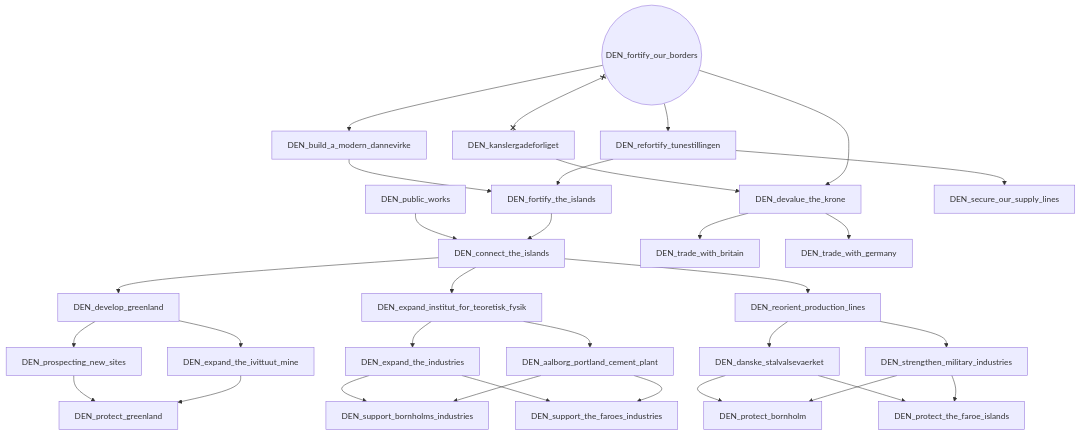
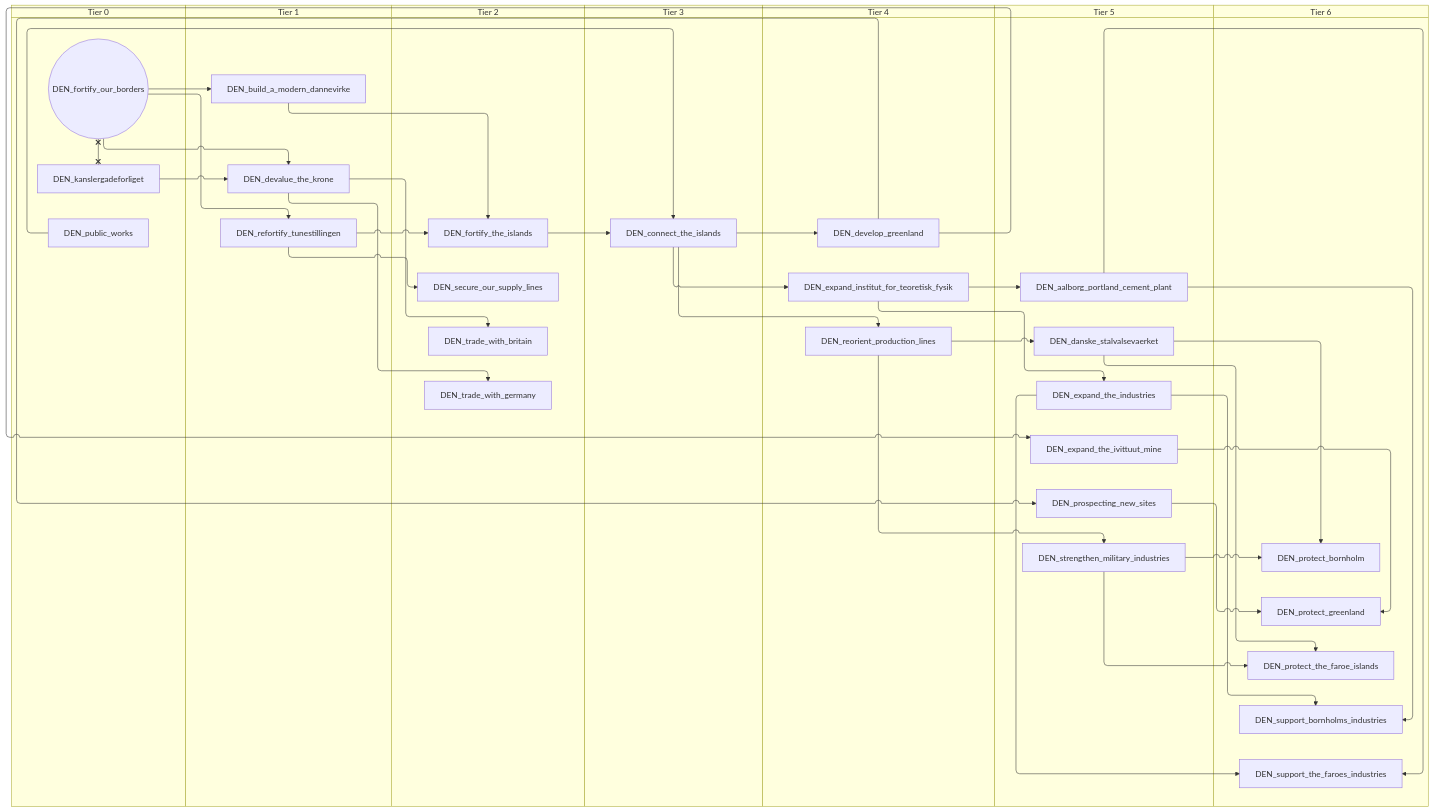
Before and after one commit to evgeny-sobol/hoi4-sandbox-mode-r56: the third of 5 diagrams in docs/gdd/National Focuses/r56/denmark.md, drawn with Mermaid. The commit also changed other lines of this file and 423 other files, not shown here.

First line of the commit message:
Re-export Rt56 focus trees as swimlane diagrams

````diff
--- a/docs/gdd/National Focuses/r56/denmark.md
+++ b/docs/gdd/National Focuses/r56/denmark.md
@@ -296,59 +334,73 @@
 ```mermaid
-flowchart TD
-    n114["DEN_aalborg_portland_cement_plant"]
-    n115["DEN_build_a_modern_dannevirke"]
-    n116["DEN_connect_the_islands"]
-    n117["DEN_danske_stalvalsevaerket"]
-    n118["DEN_devalue_the_krone"]
-    n119["DEN_develop_greenland"]
-    n120["DEN_expand_institut_for_teoretisk_fysik"]
-    n121["DEN_expand_the_industries"]
-    n122["DEN_expand_the_ivittuut_mine"]
-    n123(("DEN_fortify_our_borders"))
-    n124["DEN_fortify_the_islands"]
-    n125["DEN_kanslergadeforliget"]
-    n126["DEN_prospecting_new_sites"]
-    n127["DEN_protect_bornholm"]
-    n128["DEN_protect_greenland"]
-    n129["DEN_protect_the_faroe_islands"]
-    n130["DEN_public_works"]
-    n131["DEN_refortify_tunestillingen"]
-    n132["DEN_reorient_production_lines"]
-    n133["DEN_secure_our_supply_lines"]
-    n134["DEN_strengthen_military_industries"]
-    n135["DEN_support_bornholms_industries"]
-    n136["DEN_support_the_faroes_industries"]
-    n137["DEN_trade_with_britain"]
-    n138["DEN_trade_with_germany"]
-    n120 --> n114
-    n123 --> n115
-    n130 --> n116
-    n124 --> n116
-    n132 --> n117
-    n125 --> n118
-    n123 --> n118
-    n116 --> n119
-    n116 --> n120
-    n120 --> n121
-    n119 --> n122
-    n115 --> n124
-    n131 --> n124
-    n119 --> n126
-    n117 --> n127
-    n134 --> n127
+swimlane-beta TD
+    subgraph tier_0["Tier 0"]
+        n114(("DEN_fortify_our_borders"))
+        n115["DEN_kanslergadeforliget"]
+        n116["DEN_public_works"]
+    end
+    subgraph tier_1["Tier 1"]
+        n117["DEN_build_a_modern_dannevirke"]
+        n118["DEN_devalue_the_krone"]
+        n119["DEN_refortify_tunestillingen"]
+    end
+    subgraph tier_2["Tier 2"]
+        n120["DEN_fortify_the_islands"]
+        n121["DEN_secure_our_supply_lines"]
+        n122["DEN_trade_with_britain"]
+        n123["DEN_trade_with_germany"]
+    end
+    subgraph tier_3["Tier 3"]
+        n124["DEN_connect_the_islands"]
+    end
+    subgraph tier_4["Tier 4"]
+        n125["DEN_develop_greenland"]
+        n126["DEN_expand_institut_for_teoretisk_fysik"]
+        n127["DEN_reorient_production_lines"]
+    end
+    subgraph tier_5["Tier 5"]
+        n128["DEN_aalborg_portland_cement_plant"]
+        n129["DEN_danske_stalvalsevaerket"]
+        n130["DEN_expand_the_industries"]
+        n131["DEN_expand_the_ivittuut_mine"]
+        n132["DEN_prospecting_new_sites"]
+        n133["DEN_strengthen_military_industries"]
+    end
+    subgraph tier_6["Tier 6"]
+        n134["DEN_protect_bornholm"]
+        n135["DEN_protect_greenland"]
+        n136["DEN_protect_the_faroe_islands"]
+        n137["DEN_support_bornholms_industries"]
+        n138["DEN_support_the_faroes_industries"]
+    end
     n126 --> n128
-    n122 --> n128
-    n117 --> n129
-    n134 --> n129
-    n123 --> n131
-    n116 --> n132
-    n131 --> n133
-    n132 --> n134
-    n121 --> n135
-    n114 --> n135
-    n121 --> n136
-    n114 --> n136
-    n118 --> n137
-    n118 --> n138
-    n123 x--x n125
+    n114 --> n117
+    n116 --> n124
+    n120 --> n124
+    n127 --> n129
+    n115 --> n118
+    n114 --> n118
+    n124 --> n125
+    n124 --> n126
+    n126 --> n130
+    n125 --> n131
+    n117 --> n120
+    n119 --> n120
+    n125 --> n132
+    n129 --> n134
+    n133 --> n134
+    n132 --> n135
+    n131 --> n135
+    n129 --> n136
+    n133 --> n136
+    n114 --> n119
+    n124 --> n127
+    n119 --> n121
+    n127 --> n133
+    n130 --> n137
+    n128 --> n137
+    n130 --> n138
+    n128 --> n138
+    n118 --> n122
+    n118 --> n123
+    n114 x--x n115
 ```
````
